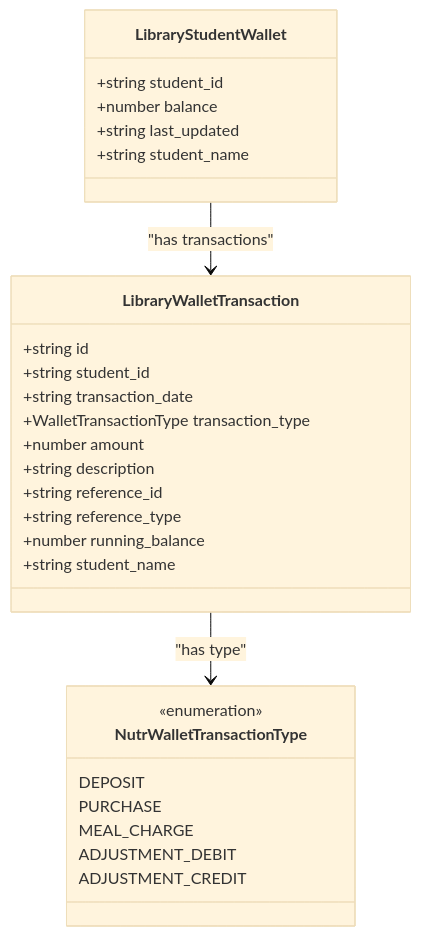
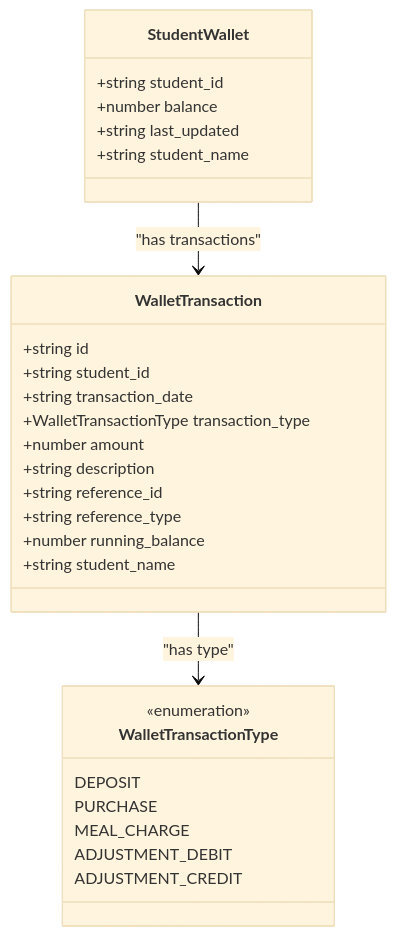
Before and after one commit to geniusdynamics/schoolpilot: the seventh of 10 diagrams in .qoder/repowiki/en/content/Modules System/Nutrition Module.md, drawn with Mermaid (base theme). The commit also changed other lines of this file and 311 other files, not shown here.

````diff
--- a/.qoder/repowiki/en/content/Modules System/Nutrition Module.md
+++ b/.qoder/repowiki/en/content/Modules System/Nutrition Module.md
@@ -1429,31 +389,31 @@
 ```mermaid
 classDiagram
-class LibraryStudentWallet {
+class StudentWallet {
 +string student_id
 +number balance
 +string last_updated
 +string student_name
 }
-class LibraryWalletTransaction {
+class WalletTransaction {
 +string id
 +string student_id
 +string transaction_date
 +WalletTransactionType transaction_type
 +number amount
 +string description
 +string reference_id
 +string reference_type
 +number running_balance
 +string student_name
 }
-class NutrWalletTransactionType {
+class WalletTransactionType {
 <<enumeration>>
 DEPOSIT
 PURCHASE
 MEAL_CHARGE
 ADJUSTMENT_DEBIT
 ADJUSTMENT_CREDIT
 }
-LibraryStudentWallet --> LibraryWalletTransaction : "has transactions"
-LibraryWalletTransaction --> NutrWalletTransactionType : "has type"
+StudentWallet --> WalletTransaction : "has transactions"
+WalletTransaction --> WalletTransactionType : "has type"
 ```
````
